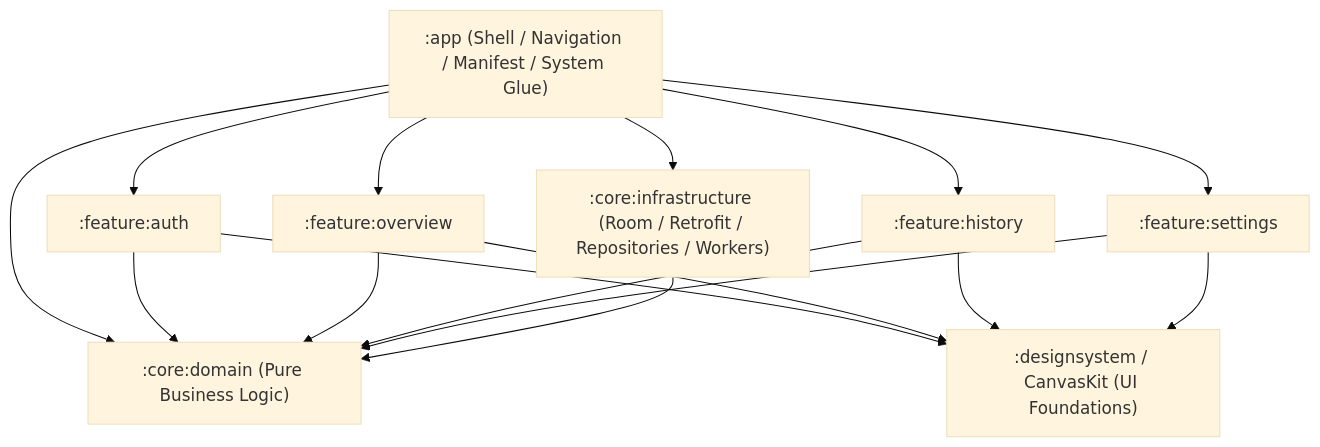
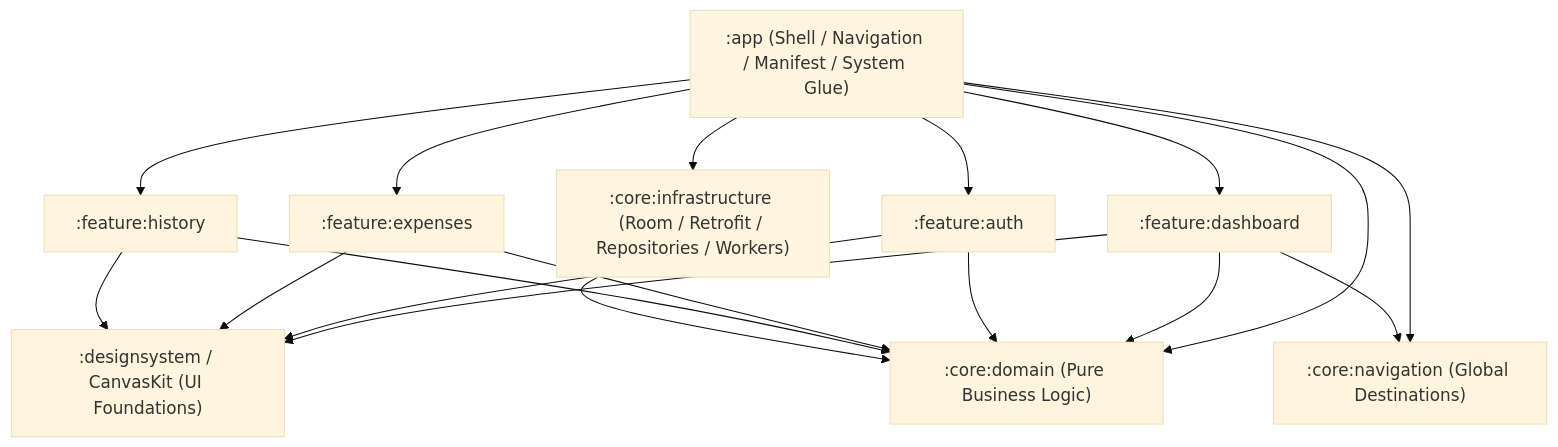
One commit to joshluq/kilomenos-android changed the diagram in docs/modularization_plan.md. Above: the diagram before and after it, drawn with Mermaid (base theme). The commit also changed other lines of this file and 12 other files, not shown here.

Commit message:
Extract the dashboard into a dedicated `:feature:dashboard` module and centralize global navigation definitions in a new `:core:navigation` module.

````diff
--- a/docs/modularization_plan.md
+++ b/docs/modularization_plan.md
@@ -83,29 +85,33 @@
 ```mermaid
 graph TD
     App[":app (Shell / Navigation / Manifest / System Glue)"]
     Domain[":core:domain (Pure Business Logic)"]
     Infra[":core:infrastructure (Room / Retrofit / Repositories / Workers)"]
+    Nav[":core:navigation (Global Destinations)"]
     DesignSystem[":designsystem / CanvasKit (UI Foundations)"]
     FeatureAuth[":feature:auth"]
-    FeatureOverview[":feature:overview"]
+    FeatureDashboard[":feature:dashboard"]
     FeatureHistory[":feature:history"]
-    FeatureSettings[":feature:settings"]
+    FeatureExpenses[":feature:expenses"]
 
     App --> FeatureAuth
-    App --> FeatureOverview
+    App --> FeatureDashboard
     App --> FeatureHistory
-    App --> FeatureSettings
+    App --> FeatureExpenses
     App --> Infra
     App --> Domain
+    App --> Nav
+
+    FeatureDashboard --> Nav
+    FeatureDashboard --> Domain
+    FeatureDashboard --> DesignSystem
 
     FeatureAuth --> Domain
     FeatureAuth --> DesignSystem
-    FeatureOverview --> Domain
-    FeatureOverview --> DesignSystem
+    FeatureExpenses --> Domain
+    FeatureExpenses --> DesignSystem
     FeatureHistory --> Domain
     FeatureHistory --> DesignSystem
-    FeatureSettings --> Domain
-    FeatureSettings --> DesignSystem
 
     Infra --> Domain
 ```
````
